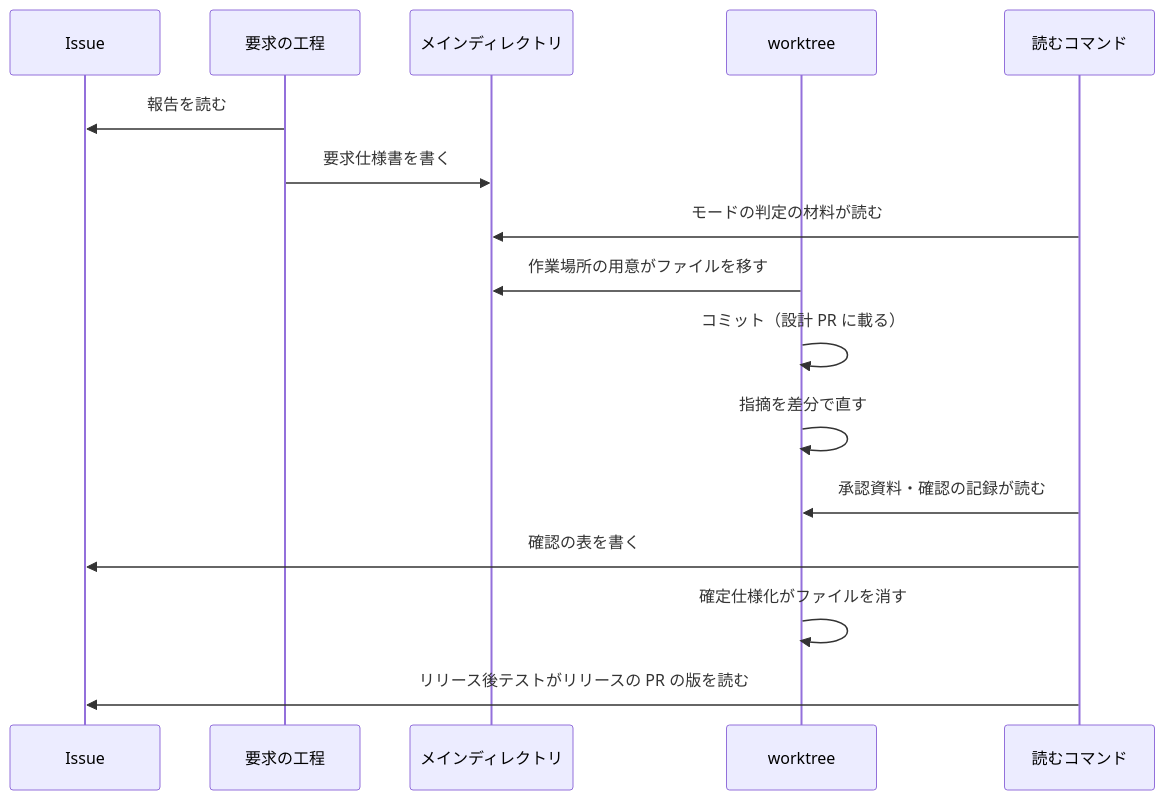
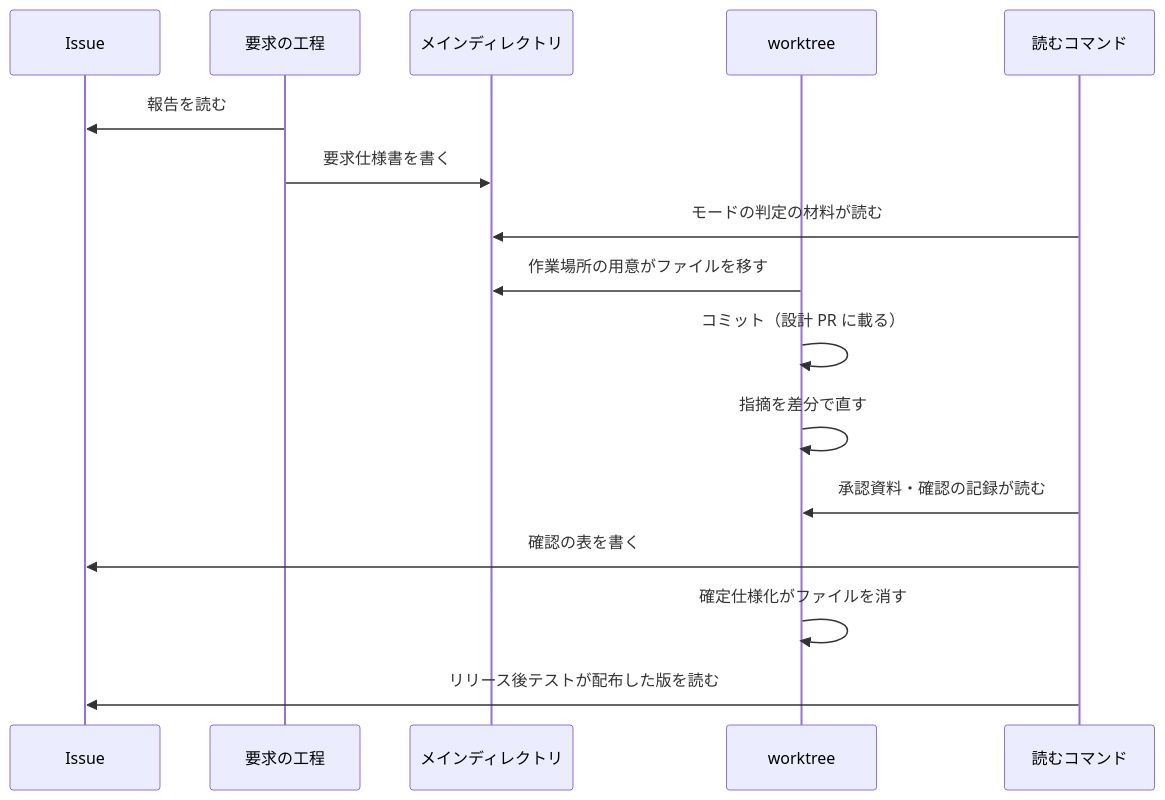
One commit to devbasex/ai-plugins changed the fourth of 4 diagrams in issues/issue-4735-design.md. Above: the diagram before and after it, drawn with Mermaid. The commit also changed other lines of this file, not shown here.

````diff
--- a/issues/issue-4735-design.md
+++ b/issues/issue-4735-design.md
@@ -389,18 +443,18 @@
 ```mermaid
 sequenceDiagram
   participant G as Issue
   participant W as 要求の工程
   participant M as メインディレクトリ
   participant T as worktree
   participant C as 読むコマンド
   W->>G: 報告を読む
   W->>M: 要求仕様書を書く
   C->>M: モードの判定の材料が読む
   T->>M: 作業場所の用意がファイルを移す
   T->>T: コミット（設計 PR に載る）
   T->>T: 指摘を差分で直す
   C->>T: 承認資料・確認の記録が読む
   C->>G: 確認の表を書く
   T->>T: 確定仕様化がファイルを消す
-  C->>G: リリース後テストがリリースの PR の版を読む
+  C->>G: リリース後テストが配布した版を読む
 ```
````
